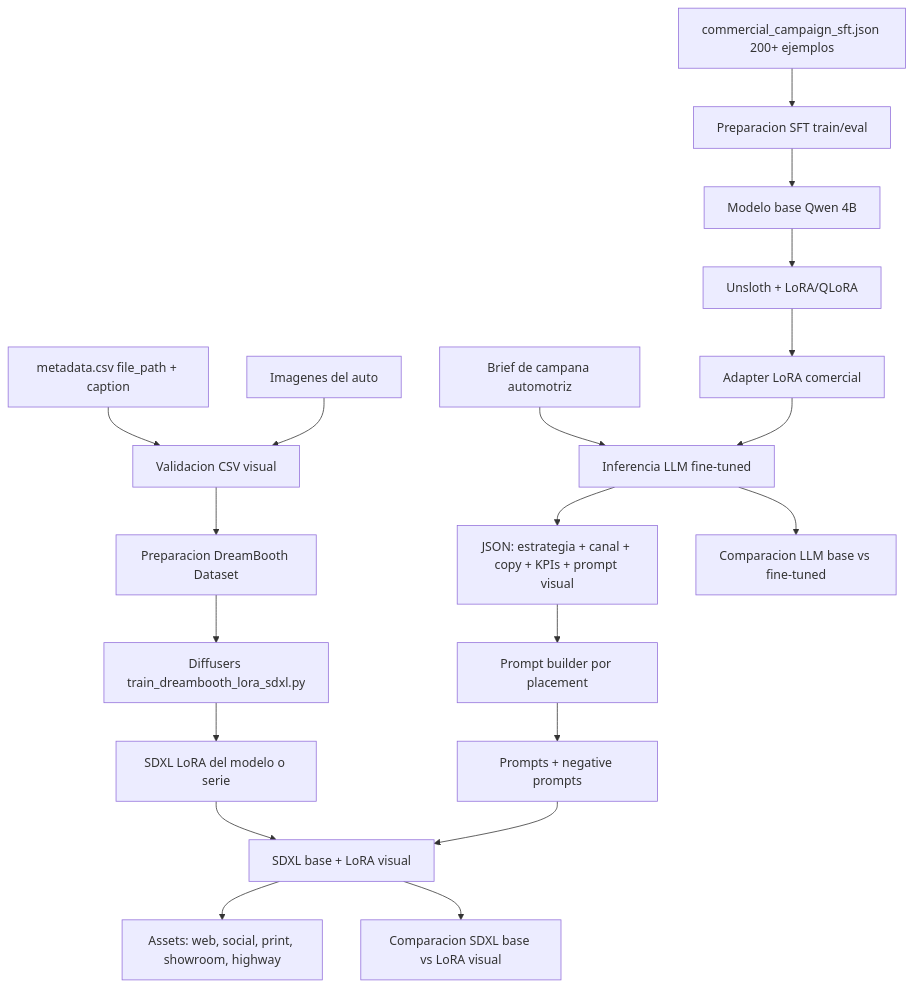
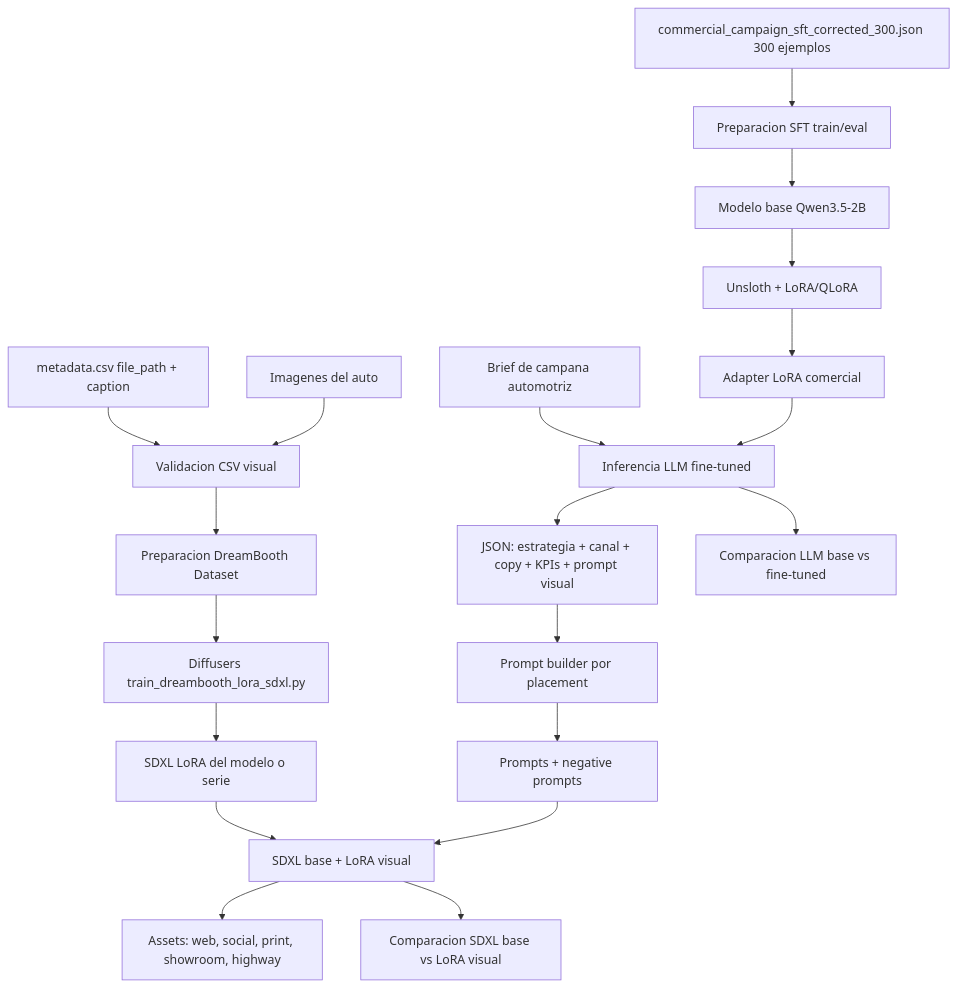
One commit to PedroMM98/dmc-tp3-gen-multimodal changed the diagram in docs/demo_architecture.md. Above: the diagram before and after it, drawn with Mermaid. The commit also changed other lines of this file and 5 other files, not shown here.

````diff
--- a/docs/demo_architecture.md
+++ b/docs/demo_architecture.md
@@ -5,22 +5,22 @@
 ```mermaid
 flowchart TD
-    A[commercial_campaign_sft.json 200+ ejemplos] --> B[Preparacion SFT train/eval]
-    B --> C[Modelo base Qwen 4B]
+    A[commercial_campaign_sft_corrected_300.json 300 ejemplos] --> B[Preparacion SFT train/eval]
+    B --> C[Modelo base Qwen3.5-2B]
     C --> D[Unsloth + LoRA/QLoRA]
     D --> E[Adapter LoRA comercial]
     F[Brief de campana automotriz] --> G[Inferencia LLM fine-tuned]
     E --> G
     G --> H[JSON: estrategia + canal + copy + KPIs + prompt visual]
     I[metadata.csv file_path + caption] --> J[Validacion CSV visual]
     K[Imagenes del auto] --> J
     J --> L[Preparacion DreamBooth Dataset]
     L --> M[Diffusers train_dreambooth_lora_sdxl.py]
     M --> N[SDXL LoRA del modelo o serie]
     H --> O[Prompt builder por placement]
     O --> P[Prompts + negative prompts]
     N --> Q[SDXL base + LoRA visual]
     P --> Q
     Q --> R[Assets: web, social, print, showroom, highway]
     G --> S[Comparacion LLM base vs fine-tuned]
     Q --> T[Comparacion SDXL base vs LoRA visual]
 ```
````
